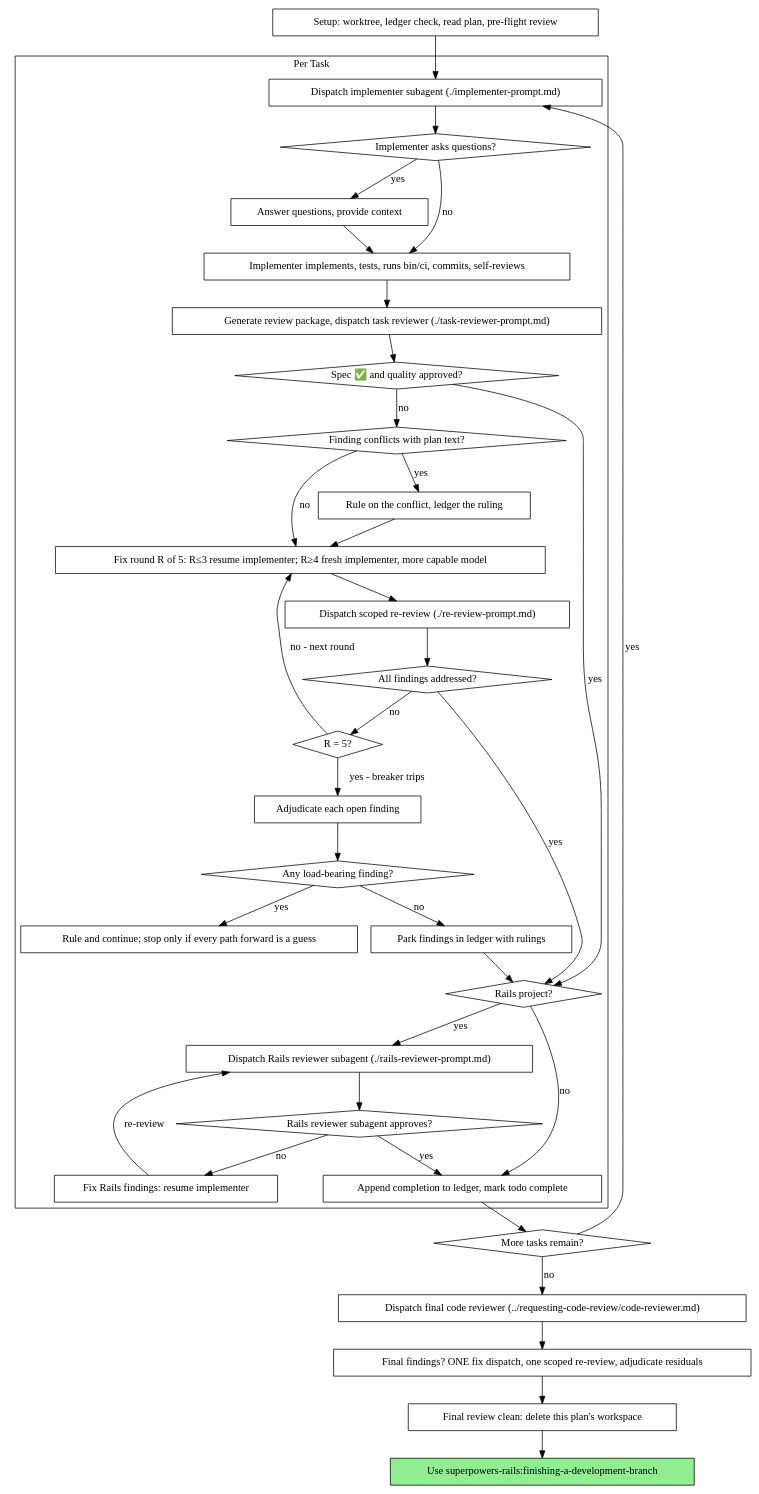
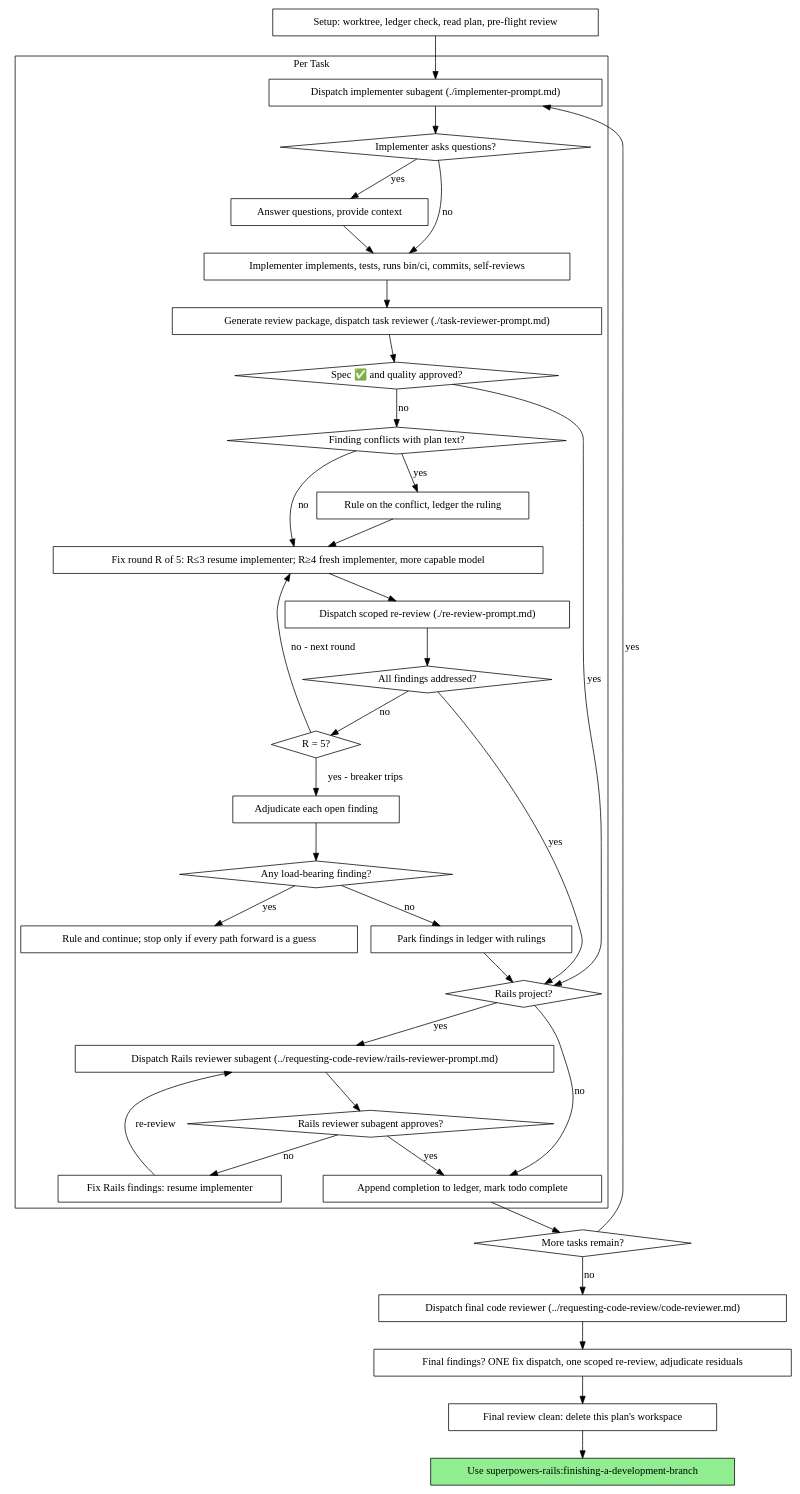
One commit to fryga-io/superpowers-rails changed the second of 2 diagrams in skills/subagent-driven-development/SKILL.md. Above: the diagram before and after it, drawn with Graphviz. The commit also changed other lines of this file and 11 other files, not shown here.

````diff
--- a/skills/subagent-driven-development/SKILL.md
+++ b/skills/subagent-driven-development/SKILL.md
@@ -61,72 +61,72 @@
 ```dot
 digraph process {
     rankdir=TB;
 
     subgraph cluster_per_task {
         label="Per Task";
         "Dispatch implementer subagent (./implementer-prompt.md)" [shape=box];
         "Implementer asks questions?" [shape=diamond];
         "Answer questions, provide context" [shape=box];
         "Implementer implements, tests, runs bin/ci, commits, self-reviews" [shape=box];
         "Generate review package, dispatch task reviewer (./task-reviewer-prompt.md)" [shape=box];
         "Spec ✅ and quality approved?" [shape=diamond];
         "Finding conflicts with plan text?" [shape=diamond];
         "Rule on the conflict, ledger the ruling" [shape=box];
         "Fix round R of 5: R≤3 resume implementer; R≥4 fresh implementer, more capable model" [shape=box];
         "Dispatch scoped re-review (./re-review-prompt.md)" [shape=box];
         "All findings addressed?" [shape=diamond];
         "R = 5?" [shape=diamond];
         "Adjudicate each open finding" [shape=box];
         "Any load-bearing finding?" [shape=diamond];
         "Rule and continue; stop only if every path forward is a guess" [shape=box];
         "Park findings in ledger with rulings" [shape=box];
         "Rails project?" [shape=diamond];
-        "Dispatch Rails reviewer subagent (./rails-reviewer-prompt.md)" [shape=box];
+        "Dispatch Rails reviewer subagent (../requesting-code-review/rails-reviewer-prompt.md)" [shape=box];
         "Rails reviewer subagent approves?" [shape=diamond];
         "Fix Rails findings: resume implementer" [shape=box];
         "Append completion to ledger, mark todo complete" [shape=box];
     }
 
     "Setup: worktree, ledger check, read plan, pre-flight review" [shape=box];
     "More tasks remain?" [shape=diamond];
     "Dispatch final code reviewer (../requesting-code-review/code-reviewer.md)" [shape=box];
     "Final findings? ONE fix dispatch, one scoped re-review, adjudicate residuals" [shape=box];
     "Final review clean: delete this plan's workspace" [shape=box];
     "Use superpowers-rails:finishing-a-development-branch" [shape=box style=filled fillcolor=lightgreen];
 
     "Setup: worktree, ledger check, read plan, pre-flight review" -> "Dispatch implementer subagent (./implementer-prompt.md)";
     "Dispatch implementer subagent (./implementer-prompt.md)" -> "Implementer asks questions?";
     "Implementer asks questions?" -> "Answer questions, provide context" [label="yes"];
     "Answer questions, provide context" -> "Implementer implements, tests, runs bin/ci, commits, self-reviews";
     "Implementer asks questions?" -> "Implementer implements, tests, runs bin/ci, commits, self-reviews" [label="no"];
     "Implementer implements, tests, runs bin/ci, commits, self-reviews" -> "Generate review package, dispatch task reviewer (./task-reviewer-prompt.md)";
     "Generate review package, dispatch task reviewer (./task-reviewer-prompt.md)" -> "Spec ✅ and quality approved?";
     "Spec ✅ and quality approved?" -> "Rails project?" [label="yes"];
     "Spec ✅ and quality approved?" -> "Finding conflicts with plan text?" [label="no"];
     "Finding conflicts with plan text?" -> "Rule on the conflict, ledger the ruling" [label="yes"];
     "Rule on the conflict, ledger the ruling" -> "Fix round R of 5: R≤3 resume implementer; R≥4 fresh implementer, more capable model";
     "Finding conflicts with plan text?" -> "Fix round R of 5: R≤3 resume implementer; R≥4 fresh implementer, more capable model" [label="no"];
     "Fix round R of 5: R≤3 resume implementer; R≥4 fresh implementer, more capable model" -> "Dispatch scoped re-review (./re-review-prompt.md)";
     "Dispatch scoped re-review (./re-review-prompt.md)" -> "All findings addressed?";
     "All findings addressed?" -> "Rails project?" [label="yes"];
     "All findings addressed?" -> "R = 5?" [label="no"];
     "R = 5?" -> "Fix round R of 5: R≤3 resume implementer; R≥4 fresh implementer, more capable model" [label="no - next round"];
     "R = 5?" -> "Adjudicate each open finding" [label="yes - breaker trips"];
     "Adjudicate each open finding" -> "Any load-bearing finding?";
     "Any load-bearing finding?" -> "Rule and continue; stop only if every path forward is a guess" [label="yes"];
     "Any load-bearing finding?" -> "Park findings in ledger with rulings" [label="no"];
     "Park findings in ledger with rulings" -> "Rails project?";
-    "Rails project?" -> "Dispatch Rails reviewer subagent (./rails-reviewer-prompt.md)" [label="yes"];
+    "Rails project?" -> "Dispatch Rails reviewer subagent (../requesting-code-review/rails-reviewer-prompt.md)" [label="yes"];
     "Rails project?" -> "Append completion to ledger, mark todo complete" [label="no"];
-    "Dispatch Rails reviewer subagent (./rails-reviewer-prompt.md)" -> "Rails reviewer subagent approves?";
+    "Dispatch Rails reviewer subagent (../requesting-code-review/rails-reviewer-prompt.md)" -> "Rails reviewer subagent approves?";
     "Rails reviewer subagent approves?" -> "Fix Rails findings: resume implementer" [label="no"];
-    "Fix Rails findings: resume implementer" -> "Dispatch Rails reviewer subagent (./rails-reviewer-prompt.md)" [label="re-review"];
+    "Fix Rails findings: resume implementer" -> "Dispatch Rails reviewer subagent (../requesting-code-review/rails-reviewer-prompt.md)" [label="re-review"];
     "Rails reviewer subagent approves?" -> "Append completion to ledger, mark todo complete" [label="yes"];
     "Append completion to ledger, mark todo complete" -> "More tasks remain?";
     "More tasks remain?" -> "Dispatch implementer subagent (./implementer-prompt.md)" [label="yes"];
     "More tasks remain?" -> "Dispatch final code reviewer (../requesting-code-review/code-reviewer.md)" [label="no"];
     "Dispatch final code reviewer (../requesting-code-review/code-reviewer.md)" -> "Final findings? ONE fix dispatch, one scoped re-review, adjudicate residuals";
     "Final findings? ONE fix dispatch, one scoped re-review, adjudicate residuals" -> "Final review clean: delete this plan's workspace";
     "Final review clean: delete this plan's workspace" -> "Use superpowers-rails:finishing-a-development-branch";
 }
 ```
````
